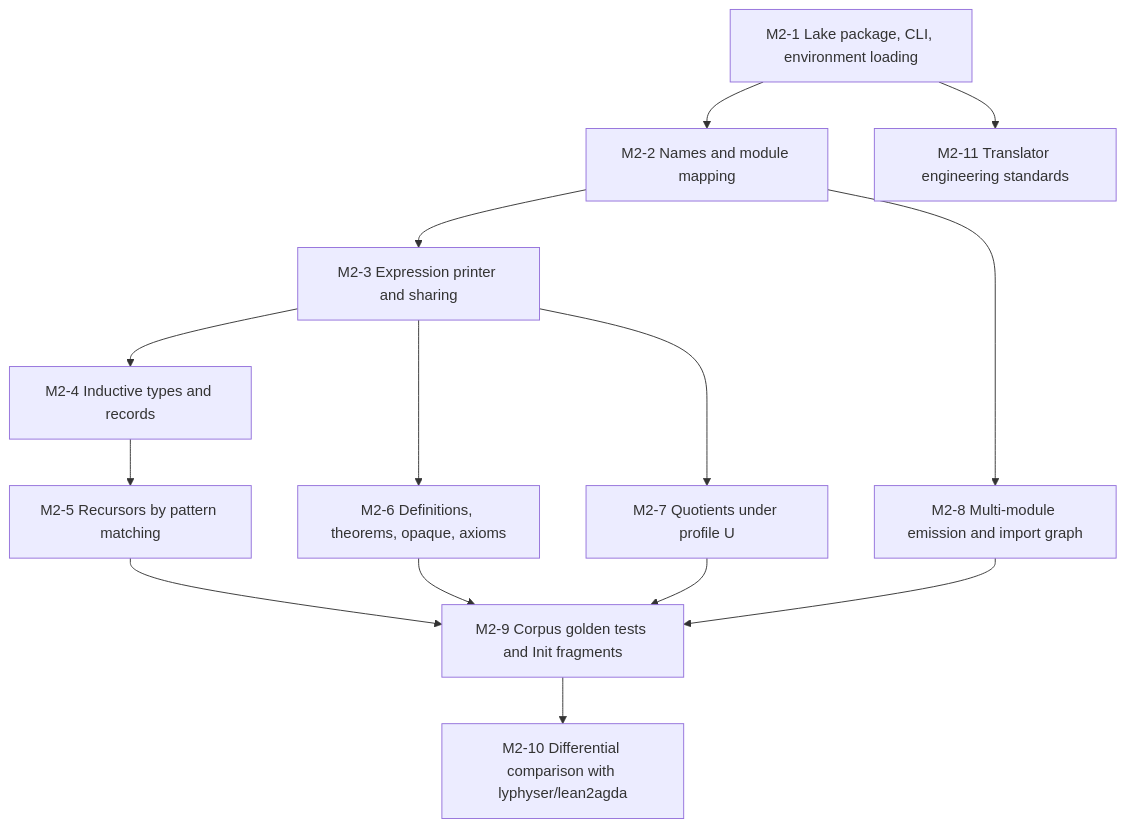
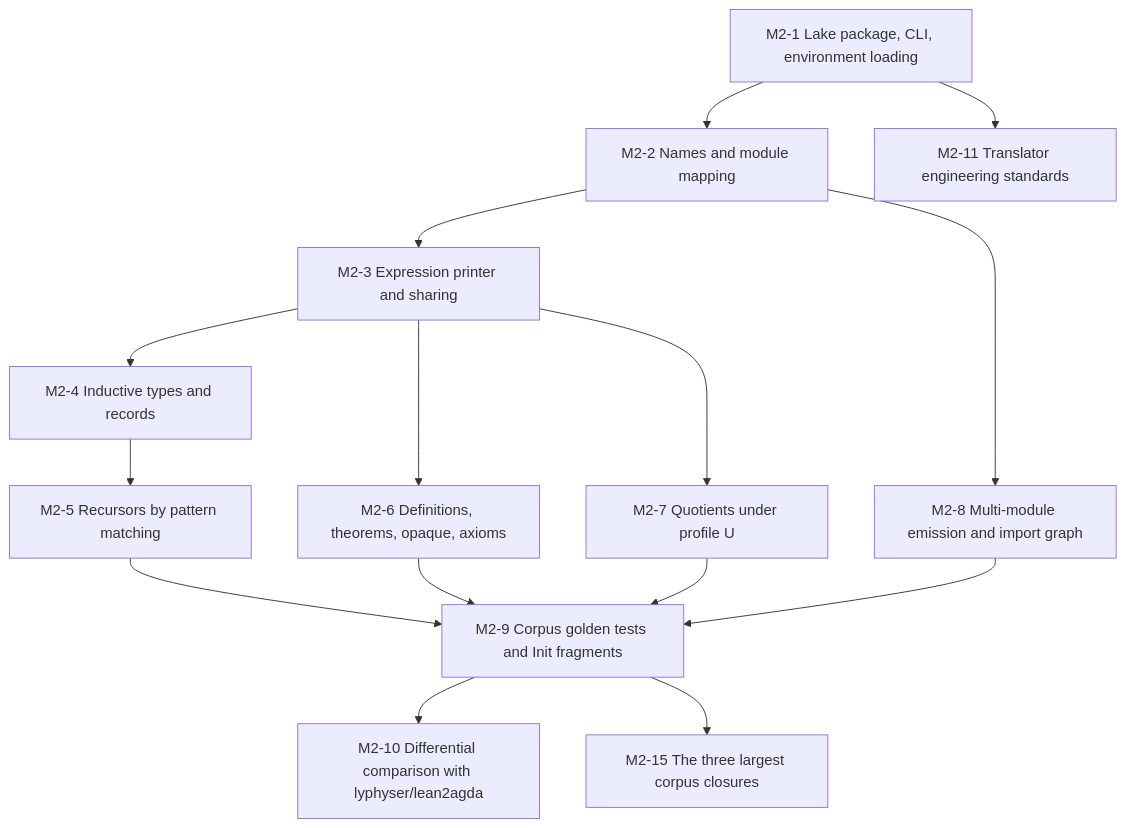
One commit to formalverification/lean2agda changed the third of 9 diagrams in docs/GITHUB_PROJECT.md. Above: the diagram before and after it, drawn with Mermaid. The commit also changed other lines of this file and 5 other files, not shown here.

````diff
--- a/docs/GITHUB_PROJECT.md
+++ b/docs/GITHUB_PROJECT.md
@@ -400,22 +405,24 @@
 ```mermaid
 graph TD
   M2_1["M2-1 Lake package, CLI, environment loading"]
   M2_2["M2-2 Names and module mapping"]
   M2_3["M2-3 Expression printer and sharing"]
   M2_4["M2-4 Inductive types and records"]
   M2_5["M2-5 Recursors by pattern matching"]
   M2_6["M2-6 Definitions, theorems, opaque, axioms"]
   M2_7["M2-7 Quotients under profile U"]
   M2_8["M2-8 Multi-module emission and import graph"]
   M2_9["M2-9 Corpus golden tests and Init fragments"]
   M2_10["M2-10 Differential comparison with lyphyser/lean2agda"]
   M2_11["M2-11 Translator engineering standards"]
+  M2_15["M2-15 The three largest corpus closures"]
   M2_1 --> M2_2 --> M2_3
   M2_3 --> M2_4 --> M2_5
   M2_3 --> M2_6
   M2_3 --> M2_7
   M2_2 --> M2_8
   M2_5 & M2_6 & M2_7 & M2_8 --> M2_9
   M2_9 --> M2_10
+  M2_9 --> M2_15
   M2_1 --> M2_11
 ```
````
